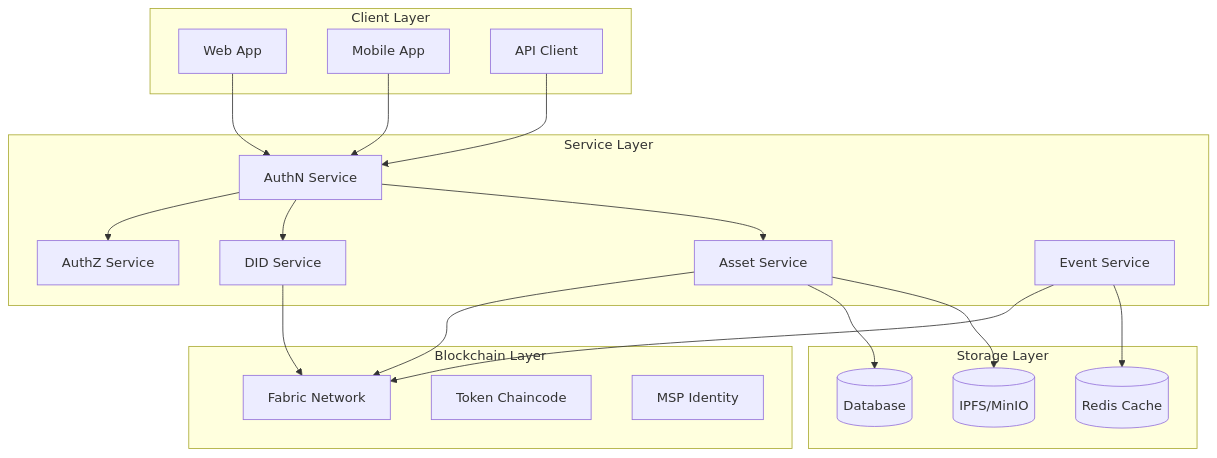
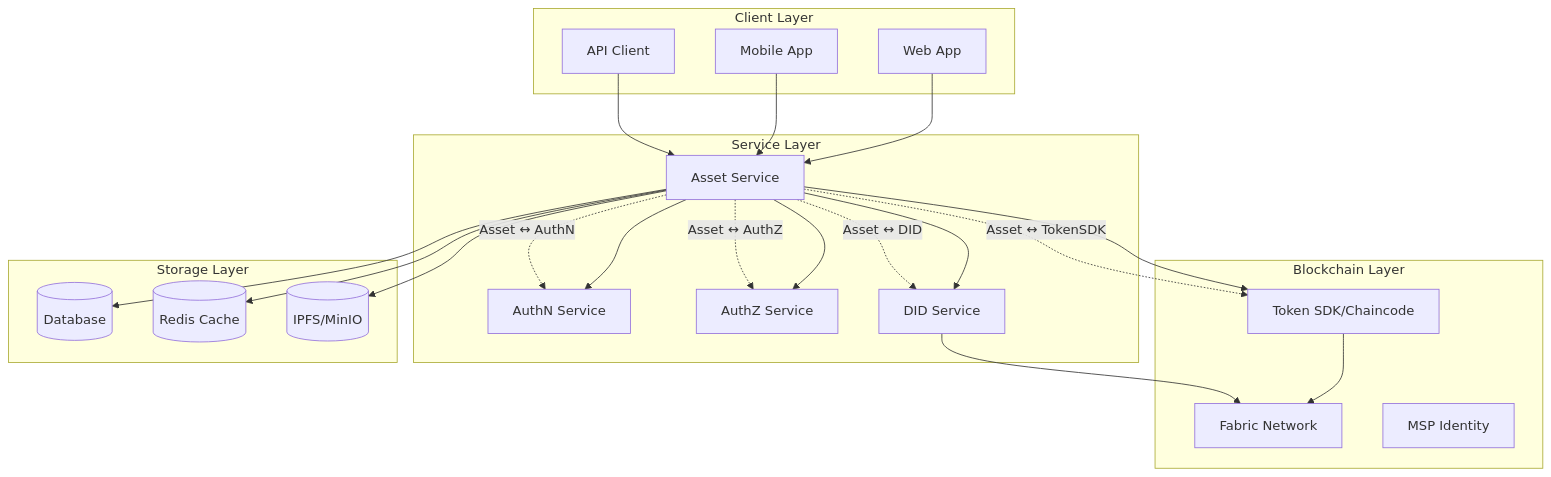
One commit to metafi-blockchain/metafi-digital-assets-service changed the first of 6 diagrams in docs/rd.vi.md. Above: the diagram before and after it, drawn with Mermaid. The commit also changed other lines of this file, not shown here.

````diff
--- a/docs/rd.vi.md
+++ b/docs/rd.vi.md
@@ -35,44 +35,49 @@
 ```mermaid
 graph TD
     subgraph "Client Layer"
         Web[Web App]
         Mobile[Mobile App]
         API[API Client]
     end
 
     subgraph "Service Layer"
         AuthN[AuthN Service]
         AuthZ[AuthZ Service]
         DID[DID Service]
         Asset[Asset Service]
-        Event[Event Service]
     end
 
     subgraph "Blockchain Layer"
         Fabric[Fabric Network]
-        Chaincode[Token Chaincode]
+        TokenSDK[Token SDK/Chaincode]
         MSP[MSP Identity]
     end
 
     subgraph "Storage Layer"
         DB[(Database)]
         Cache[(Redis Cache)]
         Storage[(IPFS/MinIO)]
     end
 
-    Web --> AuthN
-    Mobile --> AuthN
-    API --> AuthN
+    Web --> Asset
+    Mobile --> Asset
+    API --> Asset
 
-    AuthN --> AuthZ
-    AuthN --> DID
-    AuthN --> Asset
+    Asset --> AuthN
+    Asset --> AuthZ
+    Asset --> DID
 
-    Asset --> Fabric
+    Asset --> TokenSDK
+    TokenSDK --> Fabric
     DID --> Fabric
-    Event --> Fabric
 
     Asset --> DB
-    Event --> Cache
+    Asset --> Cache
     Asset --> Storage
+
+    %% Interface Labels
+    Asset -.->|"Asset ↔ AuthN"| AuthN
+    Asset -.->|"Asset ↔ AuthZ"| AuthZ
+    Asset -.->|"Asset ↔ DID"| DID
+    Asset -.->|"Asset ↔ TokenSDK"| TokenSDK
 ```
````
